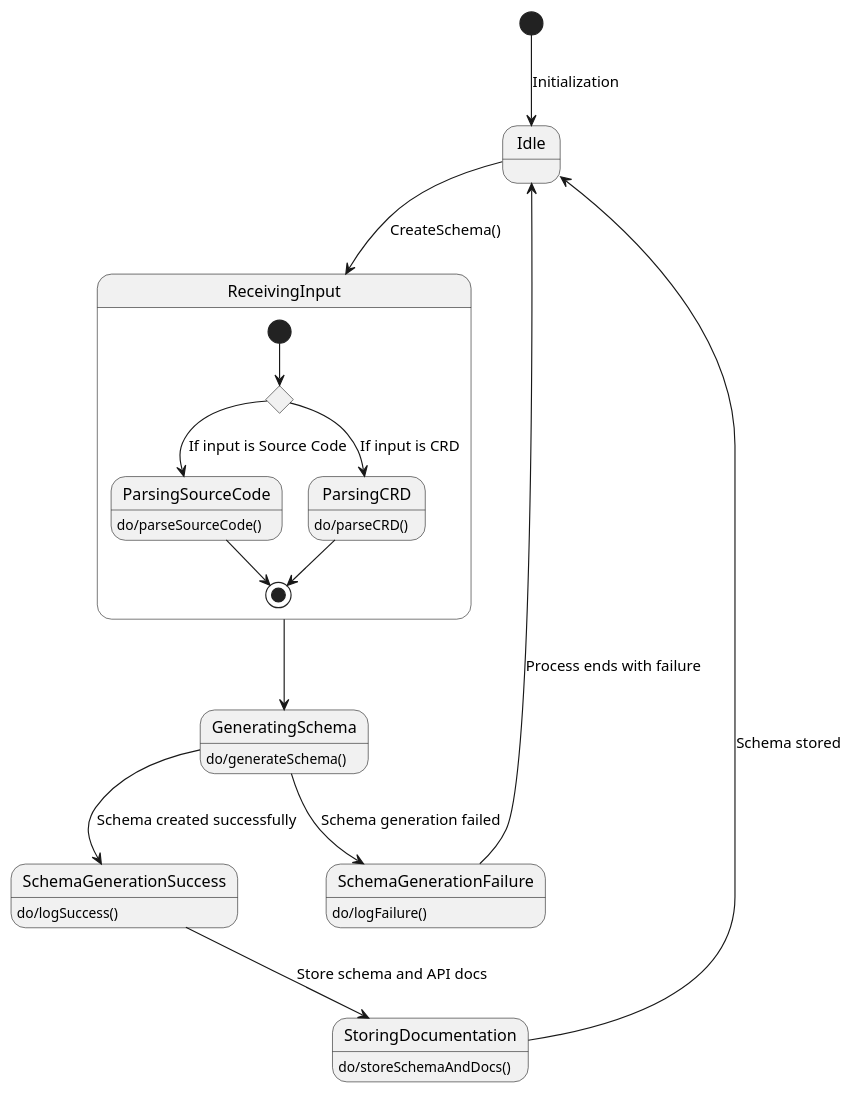
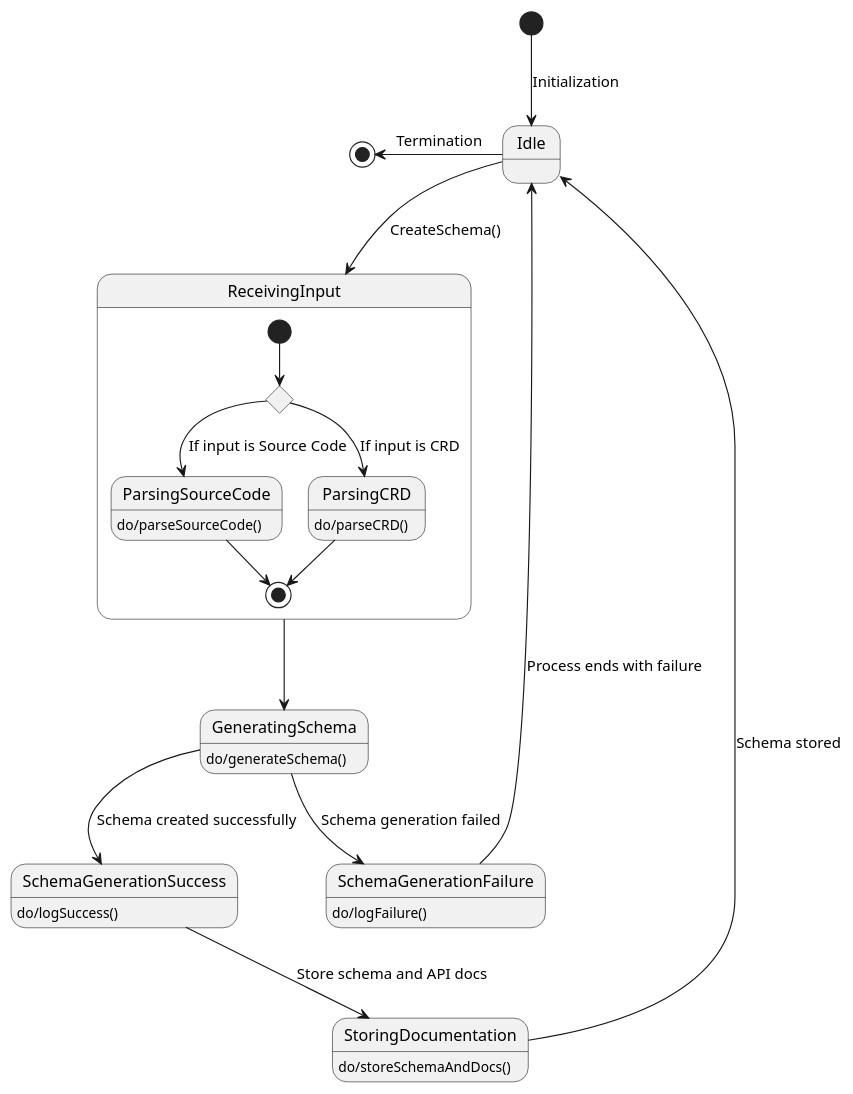
The diagram in General/DetailedBehavior/puml/sd_schema_generator.puml (fanglores/Advanced-Software-Design), drawn with PlantUML before and after one commit.

```diff
--- a/General/DetailedBehavior/puml/sd_schema_generator.puml
+++ b/General/DetailedBehavior/puml/sd_schema_generator.puml
@@ -1,32 +1,33 @@
 @startuml
 [*] --> Idle : Initialization
+[*]<-- Idle : Termination
 
 Idle --> ReceivingInput : CreateSchema()
 
 GeneratingSchema --> SchemaGenerationSuccess : Schema created successfully
 GeneratingSchema --> SchemaGenerationFailure : Schema generation failed
 
 SchemaGenerationSuccess --> StoringDocumentation : Store schema and API docs
 StoringDocumentation --> Idle : Schema stored
 
 SchemaGenerationFailure --> Idle : Process ends with failure
 
 state Idle
 state ReceivingInput {
   state c <<choice>>
   [*] --> c
   state ParsingSourceCode : do/parseSourceCode()
   state ParsingCRD : do/parseCRD()
   c --> ParsingSourceCode : If input is Source Code
   c --> ParsingCRD : If input is CRD
   ParsingCRD --> [*]
   ParsingSourceCode --> [*]
 }
 
 ReceivingInput --> GeneratingSchema
 state GeneratingSchema : do/generateSchema()
 state SchemaGenerationSuccess : do/logSuccess()
 state SchemaGenerationFailure : do/logFailure()
 state StoringDocumentation : do/storeSchemaAndDocs()
 
 @enduml
```
